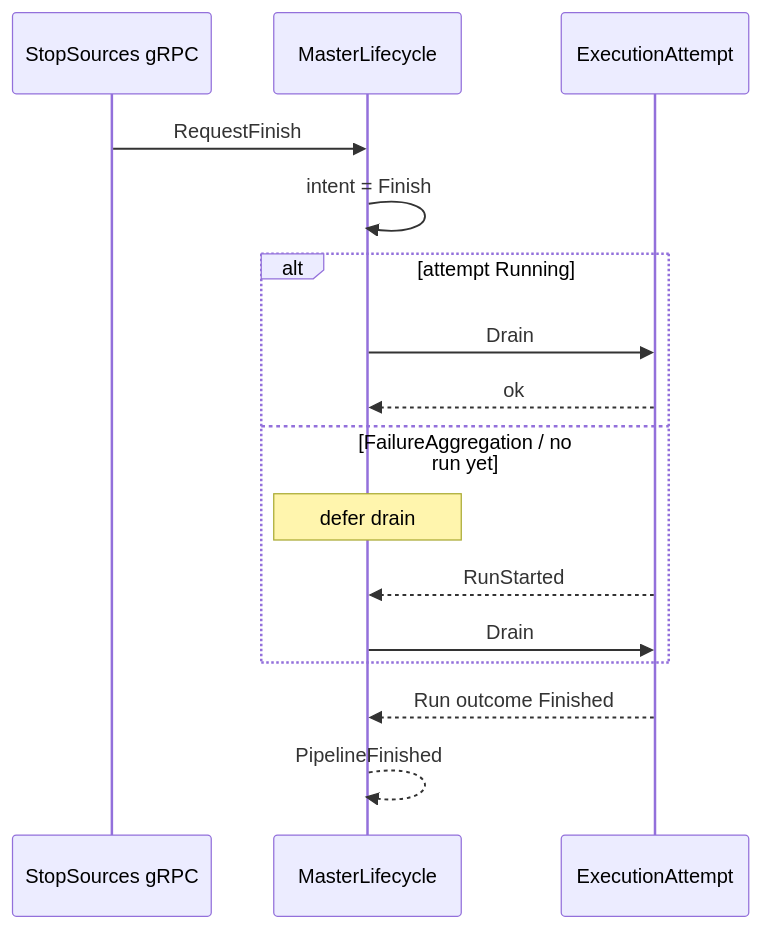
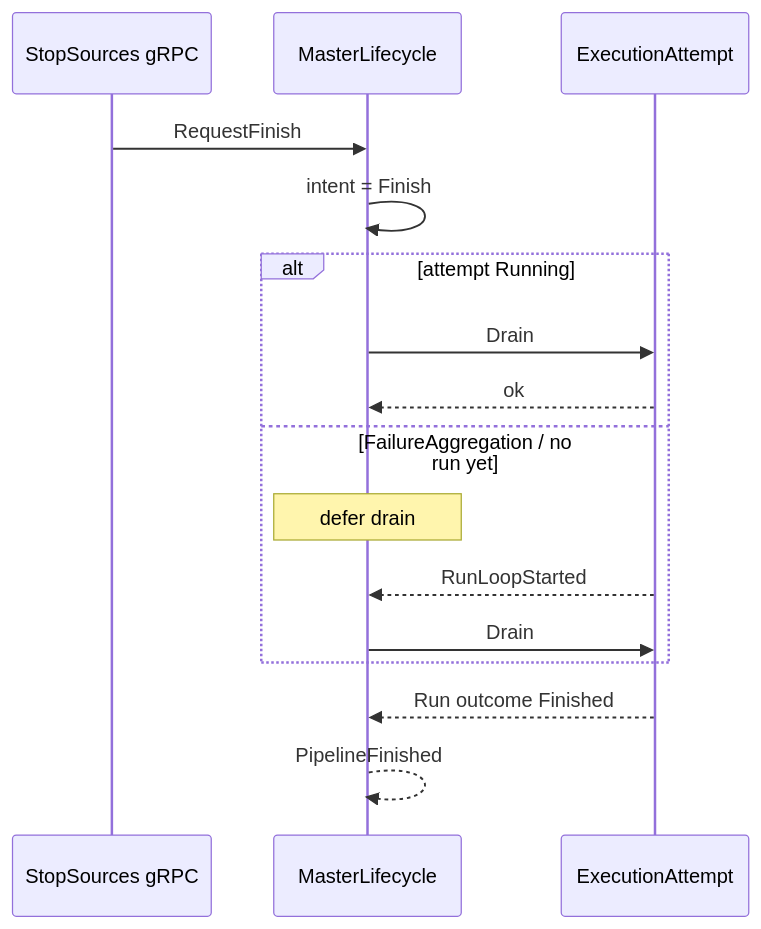
The fifth of 5 diagrams in docs/engineering/stress-concurrency-actors-notes.md (volga-project/volga), drawn with Mermaid before and after one commit. The commit also changed other lines of this file, not shown here.

Commit message:
Notes: RunLoopStarted / RunComplete naming.

````diff
--- a/docs/engineering/stress-concurrency-actors-notes.md
+++ b/docs/engineering/stress-concurrency-actors-notes.md
@@ -614,18 +614,18 @@
 ```mermaid
 sequenceDiagram
   participant GRPC as StopSources gRPC
   participant Life as MasterLifecycle
   participant Att as ExecutionAttempt
   GRPC->>Life: RequestFinish
   Life->>Life: intent = Finish
   alt attempt Running
     Life->>Att: Drain
     Att-->>Life: ok
   else FailureAggregation / no run yet
     Note over Life: defer drain
-    Att-->>Life: RunStarted
+    Att-->>Life: RunLoopStarted
     Life->>Att: Drain
   end
   Att-->>Life: Run outcome Finished
   Life-->>Life: PipelineFinished
 ```
````
